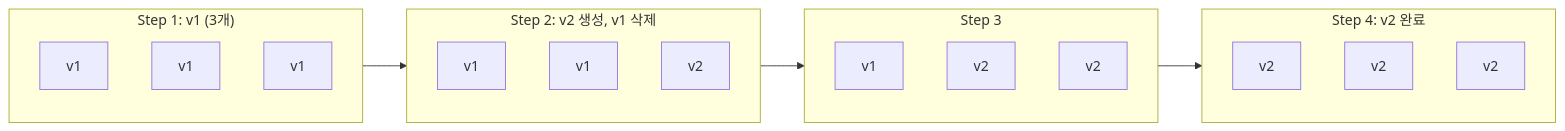
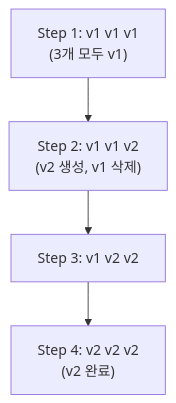
One commit to K-Diger/k-diger.github.io changed the fifth of 5 diagrams in _posts/2025-12-29-kubernetes-08-deployment.md. Above: the diagram before and after it, drawn with Mermaid. The commit also changed 13 other files, not shown here.

````diff
--- a/_posts/2025-12-29-kubernetes-08-deployment.md
+++ b/_posts/2025-12-29-kubernetes-08-deployment.md
@@ -177,28 +177,9 @@
 ```mermaid
-flowchart LR
-    subgraph step1["Step 1: v1 (3개)"]
-        s1p1["v1"]
-        s1p2["v1"]
-        s1p3["v1"]
-    end
-
-    subgraph step2["Step 2: v2 생성, v1 삭제"]
-        s2p1["v1"]
-        s2p2["v1"]
-        s2p3["v2"]
-    end
-
-    subgraph step3["Step 3"]
-        s3p1["v1"]
-        s3p2["v2"]
-        s3p3["v2"]
-    end
-
-    subgraph step4["Step 4: v2 완료"]
-        s4p1["v2"]
-        s4p2["v2"]
-        s4p3["v2"]
-    end
+flowchart TB
+    step1["Step 1: v1 v1 v1<br/>(3개 모두 v1)"]
+    step2["Step 2: v1 v1 v2<br/>(v2 생성, v1 삭제)"]
+    step3["Step 3: v1 v2 v2"]
+    step4["Step 4: v2 v2 v2<br/>(v2 완료)"]
 
     step1 --> step2 --> step3 --> step4
 ```
````
